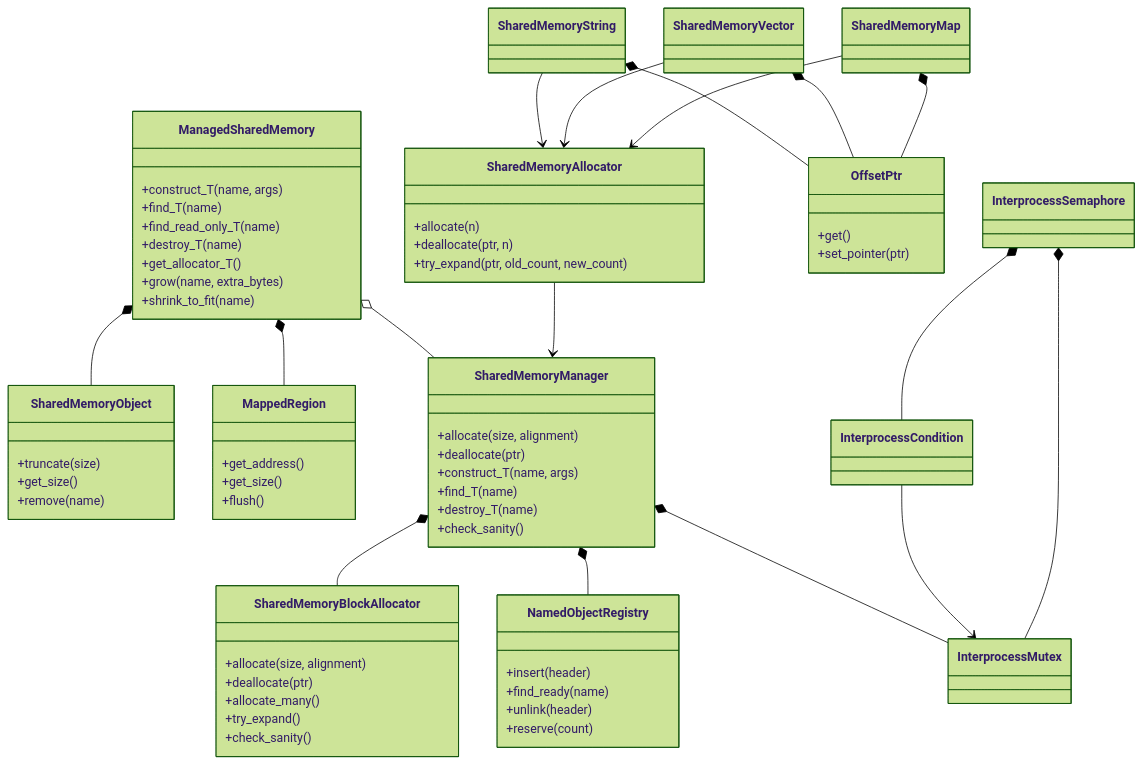
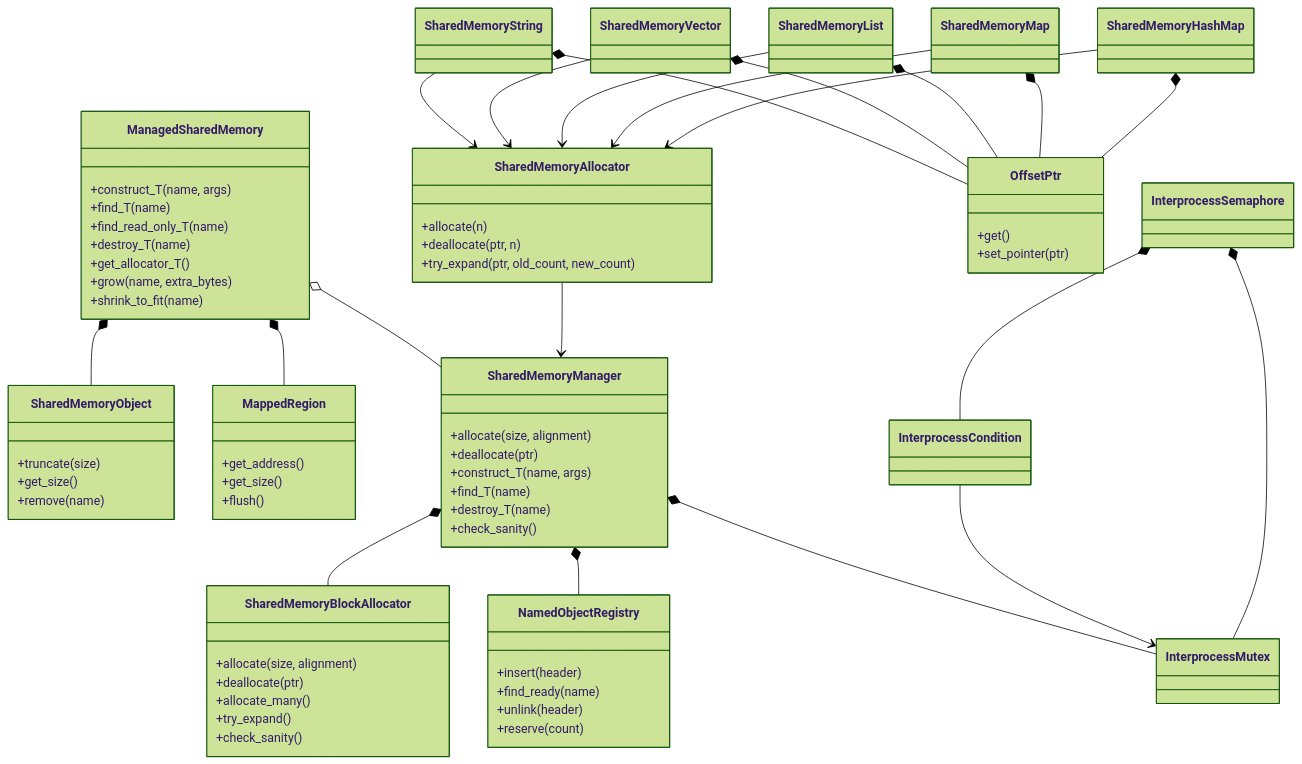
The first of 7 diagrams in README.md (silencewings1/shm_next), drawn with Mermaid (forest theme) before and after one commit. The commit also changed other lines of this file and 1 other file, not shown here.

```diff
--- a/README.md
+++ b/README.md
@@ -120,7 +160,9 @@
 
     class SharedMemoryString
     class SharedMemoryVector
+    class SharedMemoryList
     class SharedMemoryMap
+    class SharedMemoryHashMap
     class InterprocessMutex
     class InterprocessCondition
     class InterprocessSemaphore
@@ -133,10 +175,14 @@
     SharedMemoryAllocator --> SharedMemoryManager
     SharedMemoryString --> SharedMemoryAllocator
     SharedMemoryVector --> SharedMemoryAllocator
+    SharedMemoryList --> SharedMemoryAllocator
     SharedMemoryMap --> SharedMemoryAllocator
+    SharedMemoryHashMap --> SharedMemoryAllocator
     SharedMemoryString *-- OffsetPtr
     SharedMemoryVector *-- OffsetPtr
+    SharedMemoryList *-- OffsetPtr
     SharedMemoryMap *-- OffsetPtr
+    SharedMemoryHashMap *-- OffsetPtr
     SharedMemoryManager *-- InterprocessMutex
     InterprocessCondition --> InterprocessMutex
     InterprocessSemaphore *-- InterprocessMutex
```
